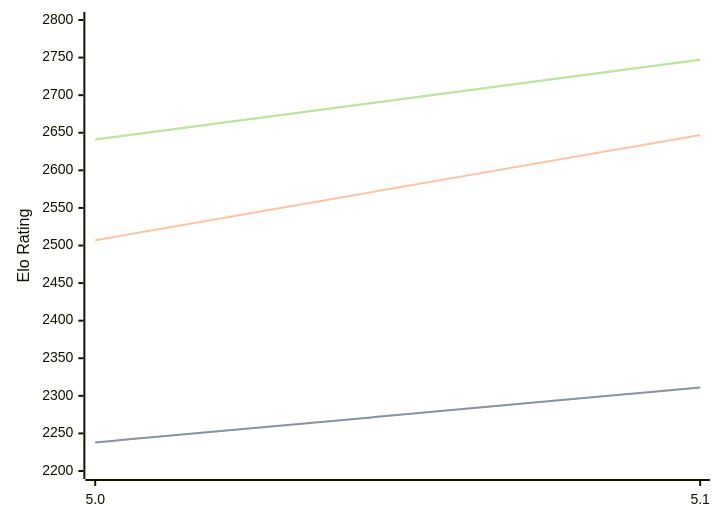
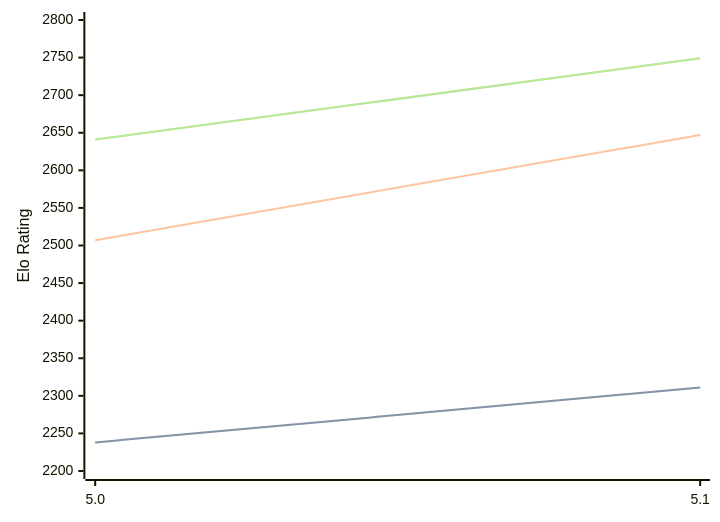
The diagram in engines/Dorky.md (computer-chess-index/cci), drawn with Mermaid before and after one commit. The commit also changed other lines of this file, not shown here.

Commit message:
Update CCI Ratings (ELO VLTC) - 2026-09-02

````diff
--- a/engines/Dorky.md
+++ b/engines/Dorky.md
@@ -32,11 +32,11 @@
 ```mermaid
 %%{init: {"theme":"base","themeVariables":{"seriesColors:['#a3a3a3','#222221','#faa371']}}}%%
 xychart-beta
   x-axis ["5.0", "5.1"]
   y-axis "Elo Rating" 2200 --> 2800
   line "" [2238, 2311]
   line "STC (8.0+0.08s)" [2238, 2311]
   line "LTC (60.0+0.60s)" [2507, 2647]
-  line "" [2641, 2747]
-  line "VLTC (2m24s+1.12s)" [2641, 2747]
+  line "" [2641, 2749]
+  line "VLTC (2m24s+1.12s)" [2641, 2749]
 ```
````
